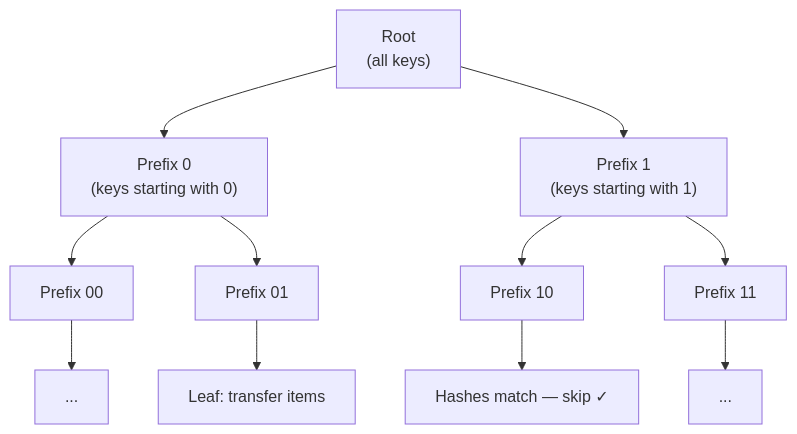
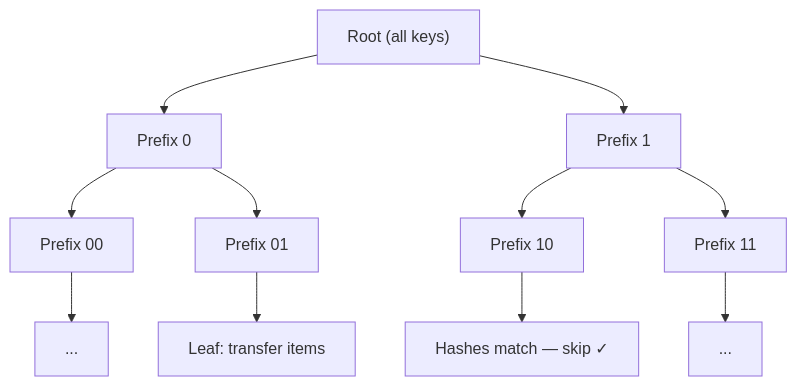
One commit to arj03/setsum-cs changed the third of 7 diagrams in SetSum/Sync/README.md. Above: the diagram before and after it, drawn with Mermaid. The commit also changed other lines of this file and 4 other files, not shown here.

````diff
--- a/SetSum/Sync/README.md
+++ b/SetSum/Sync/README.md
@@ -88,13 +88,13 @@
 ```mermaid
 flowchart TD
-    A["Root\n(all keys)"] --> B["Prefix 0\n(keys starting with 0)"]
-    A --> C["Prefix 1\n(keys starting with 1)"]
+    A["Root (all keys)"] --> B["Prefix 0"]
+    A --> C["Prefix 1"]
     B --> D["Prefix 00"]
     B --> E["Prefix 01"]
     C --> F["Prefix 10"]
     C --> G["Prefix 11"]
     D --> H["..."]
     E --> I["Leaf: transfer items"]
     F --> J["Hashes match — skip ✓"]
     G --> K["..."]
 ```
````
